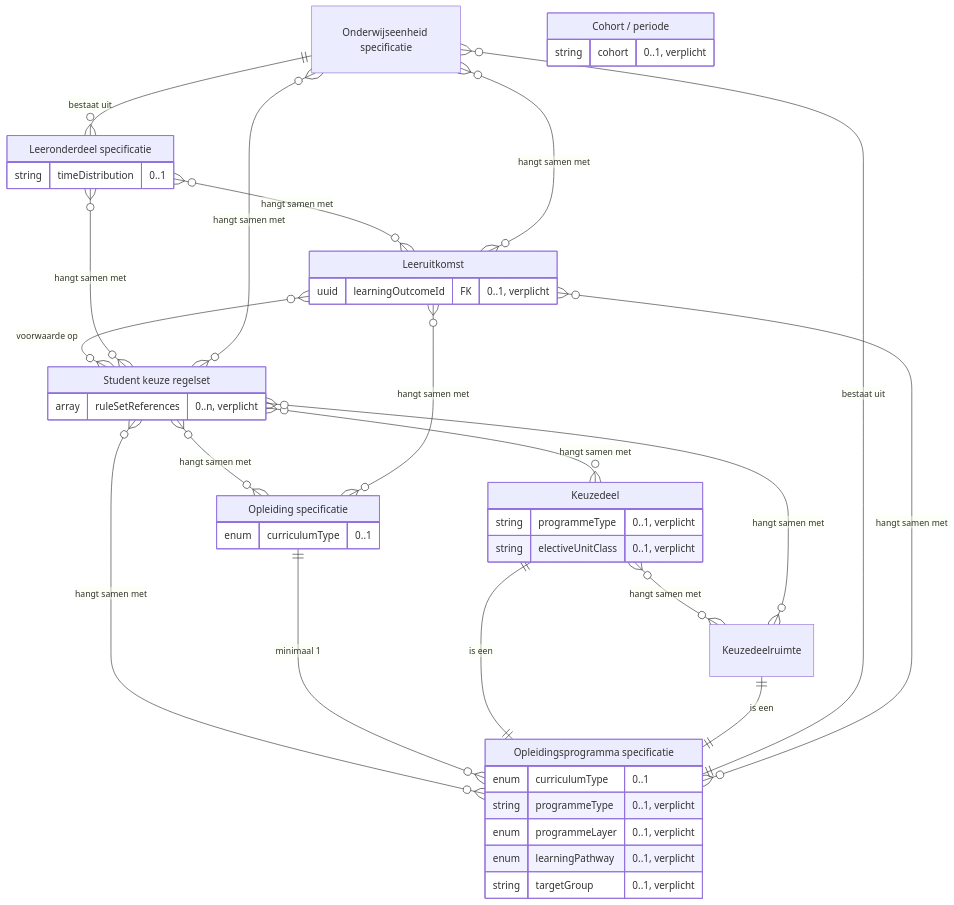
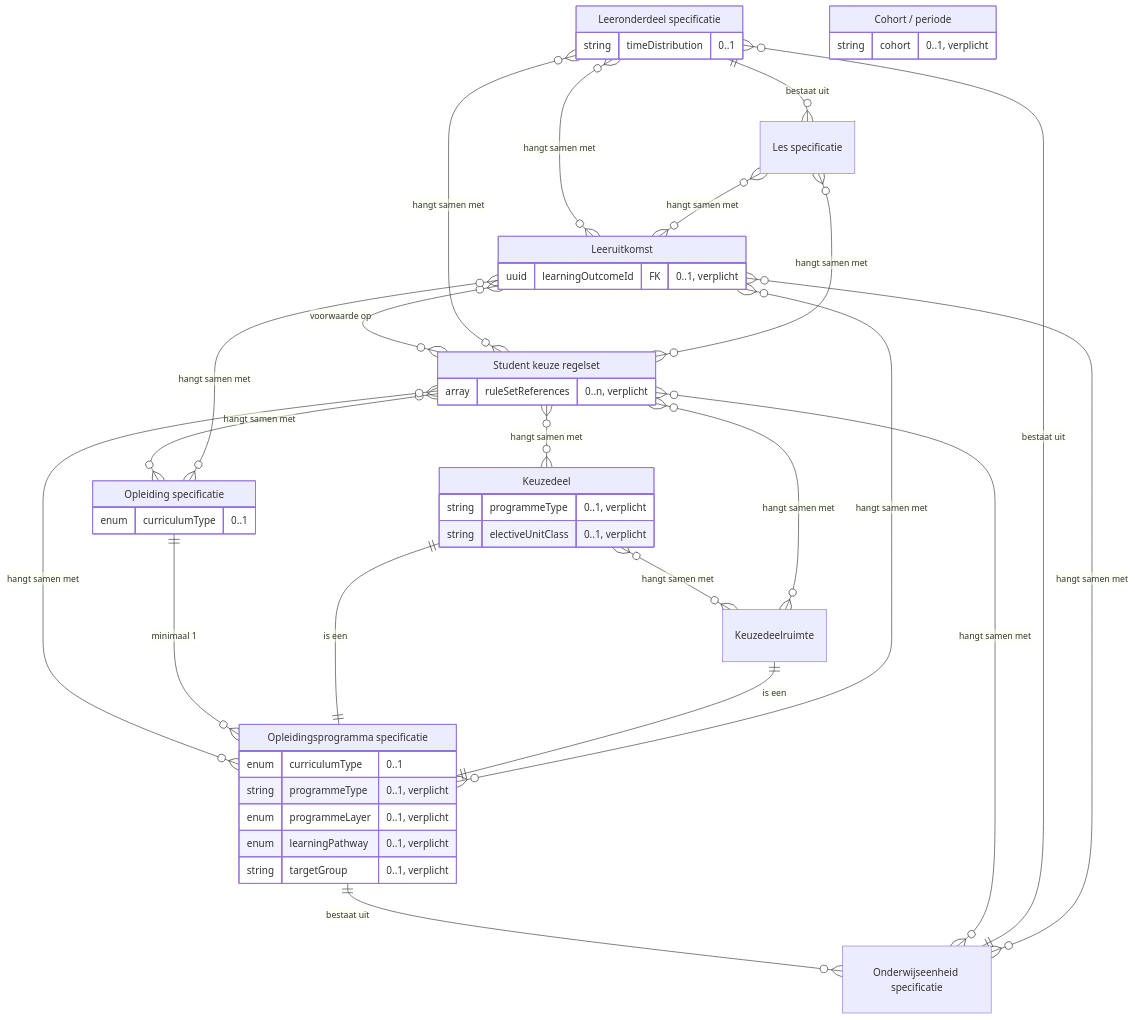
One commit to Npuls-OKx/meta changed diagram 12 of 16 in architecture/docs/specificatie/interactie-onderwijsaanbod/is-oa-01.md. Above: the diagram before and after it, drawn with Mermaid. The commit also changed other lines of this file and 1 other file, not shown here.

````diff
--- a/architecture/docs/specificatie/interactie-onderwijsaanbod/is-oa-01.md
+++ b/architecture/docs/specificatie/interactie-onderwijsaanbod/is-oa-01.md
@@ -424,48 +490,52 @@
 ```mermaid
 erDiagram
+    "Leeronderdeel specificatie" ||--o{ "Les specificatie" : "bestaat uit"
     "Onderwijseenheid specificatie" ||--o{ "Leeronderdeel specificatie" : "bestaat uit"
     "Opleidingsprogramma specificatie" ||--o{ "Onderwijseenheid specificatie" : "bestaat uit"
     "Keuzedeel" }o--o{ "Keuzedeelruimte" : "hangt samen met"
     "Leeronderdeel specificatie" }o--o{ "Leeruitkomst" : "hangt samen met"
     "Leeruitkomst" }o--o{ "Student keuze regelset" : "voorwaarde op"
+    "Les specificatie" }o--o{ "Leeruitkomst" : "hangt samen met"
     "Onderwijseenheid specificatie" }o--o{ "Leeruitkomst" : "hangt samen met"
     "Opleiding specificatie" }o--o{ "Leeruitkomst" : "hangt samen met"
     "Opleidingsprogramma specificatie" }o--o{ "Leeruitkomst" : "hangt samen met"
     "Student keuze regelset" }o--o{ "Keuzedeel" : "hangt samen met"
     "Student keuze regelset" }o--o{ "Keuzedeelruimte" : "hangt samen met"
     "Student keuze regelset" }o--o{ "Leeronderdeel specificatie" : "hangt samen met"
+    "Student keuze regelset" }o--o{ "Les specificatie" : "hangt samen met"
     "Student keuze regelset" }o--o{ "Onderwijseenheid specificatie" : "hangt samen met"
     "Student keuze regelset" }o--o{ "Opleiding specificatie" : "hangt samen met"
     "Student keuze regelset" }o--o{ "Opleidingsprogramma specificatie" : "hangt samen met"
     "Opleiding specificatie" ||--o{ "Opleidingsprogramma specificatie" : "minimaal 1"
     "Keuzedeel" ||--|| "Opleidingsprogramma specificatie" : "is een"
     "Keuzedeelruimte" ||--|| "Opleidingsprogramma specificatie" : "is een"
     "Opleiding specificatie" {
         enum curriculumType "0..1"
     }
     "Opleidingsprogramma specificatie" {
         enum curriculumType "0..1"
         string programmeType "0..1, verplicht"
         enum programmeLayer "0..1, verplicht"
         enum learningPathway "0..1, verplicht"
         string targetGroup "0..1, verplicht"
     }
     "Keuzedeel" {
         string programmeType "0..1, verplicht"
         string electiveUnitClass "0..1, verplicht"
     }
     "Onderwijseenheid specificatie" { }
     "Leeronderdeel specificatie" {
         string timeDistribution "0..1"
     }
     "Keuzedeelruimte" { }
     "Leeruitkomst" {
         uuid learningOutcomeId FK "0..1, verplicht"
     }
     "Student keuze regelset" {
         array ruleSetReferences "0..n, verplicht"
     }
     "Cohort / periode" {
         string cohort "0..1, verplicht"
     }
+    "Les specificatie" { }
 ```
````
